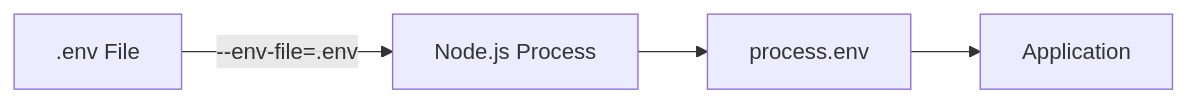
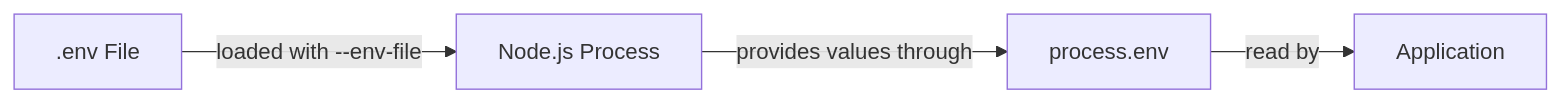
One commit to Rokiis1/Teaching-Materia changed the third of 3 diagrams in docs/en/nodejs/environment/2_level/2_level_environment.md. Above: the diagram before and after it, drawn with Mermaid. The commit also changed other lines of this file and 10 other files, not shown here.

````diff
--- a/docs/en/nodejs/environment/2_level/2_level_environment.md
+++ b/docs/en/nodejs/environment/2_level/2_level_environment.md
@@ -222,6 +214,6 @@
 ```mermaid
 flowchart LR
-    A[.env File] -->|--env-file=.env| B[Node.js Process]
-    B --> C[process.env]
-    C --> D[Application]
+    A[.env File] -->|loaded with --env-file| B[Node.js Process]
+    B -->|provides values through| C[process.env]
+    C -->|read by| D[Application]
 ```
````
